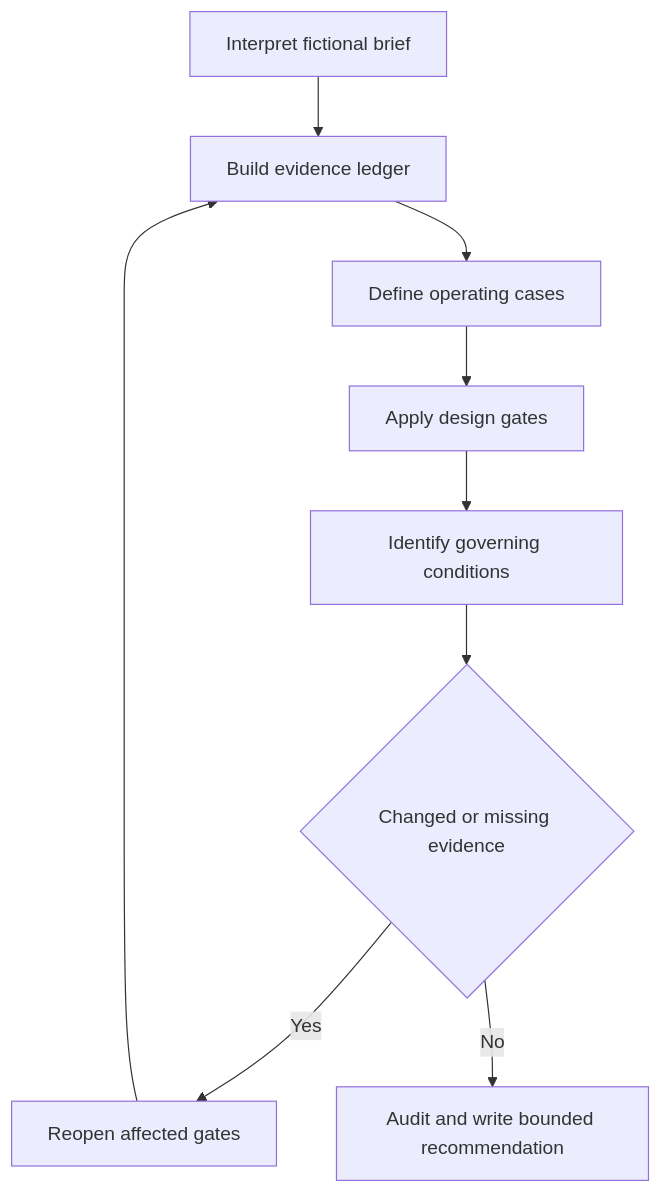
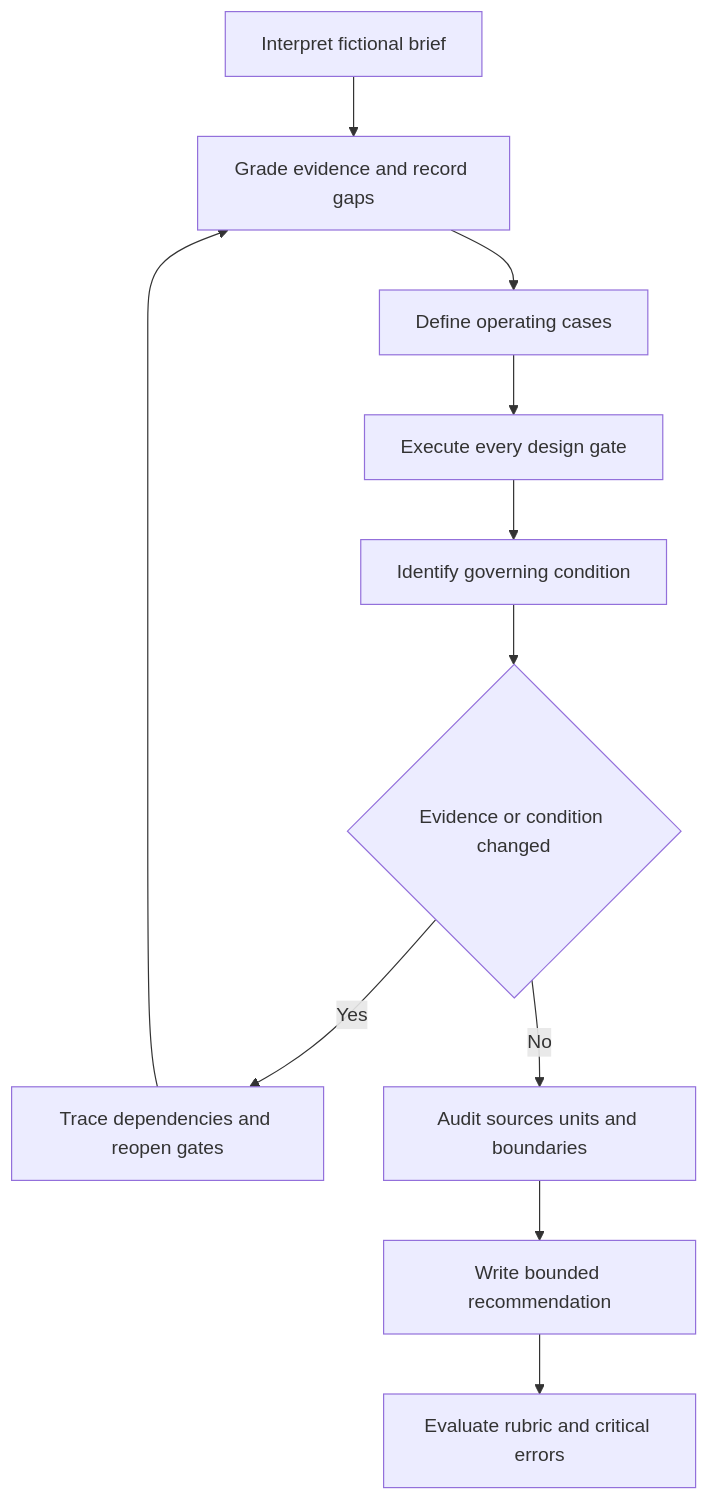
One commit to andrew3stedall/capstone changed the first of 2 diagrams in docs/learning-plans/6-week/modules/day-21-week-3-integrated-circuit-design-exercise.md. Above: the diagram before and after it, drawn with Mermaid. The commit also changed other lines of this file and 4 other files, not shown here.

````diff
--- a/docs/learning-plans/6-week/modules/day-21-week-3-integrated-circuit-design-exercise.md
+++ b/docs/learning-plans/6-week/modules/day-21-week-3-integrated-circuit-design-exercise.md
@@ -53,11 +89,13 @@
 ```mermaid
 flowchart TD
-    A[Interpret fictional brief] --> B[Build evidence ledger]
-    B --> C[Define operating cases]
-    C --> D[Apply design gates]
-    D --> E[Identify governing conditions]
-    E --> F{Changed or missing evidence}
-    F -->|Yes| G[Reopen affected gates]
-    G --> B
-    F -->|No| H[Audit and write bounded recommendation]
+    I21[Interpret fictional brief] --> N21[Grade evidence and record gaps]
+    N21 --> T21[Define operating cases]
+    T21 --> E21[Execute every design gate]
+    E21 --> G21[Identify governing condition]
+    G21 --> C21{Evidence or condition changed}
+    C21 -->|Yes| R21[Trace dependencies and reopen gates]
+    R21 --> N21
+    C21 -->|No| A21[Audit sources units and boundaries]
+    A21 --> B21[Write bounded recommendation]
+    B21 --> Q21[Evaluate rubric and critical errors]
 ```
````
